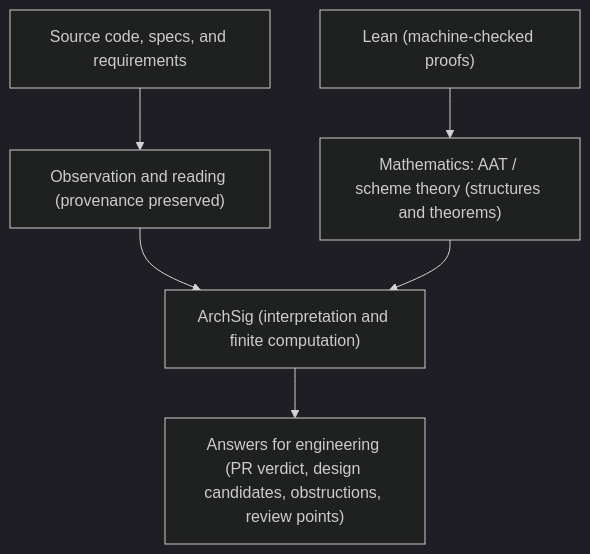
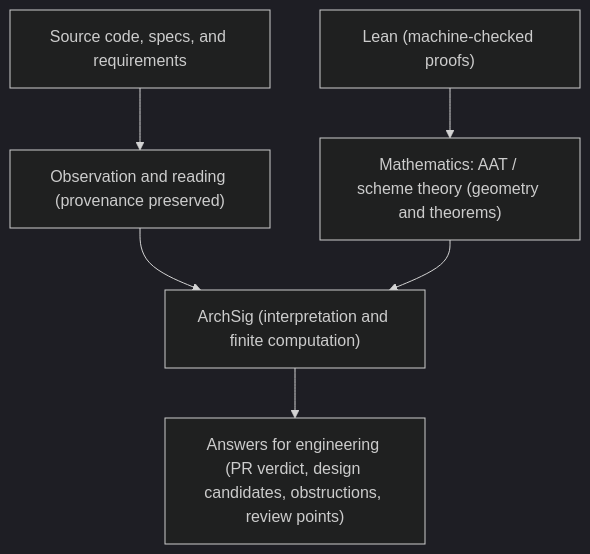
Before and after one commit to iroha1203/AlgebraicArchitectureTheoryV2: the diagram in outreach/blog/hashnode/hashnode_unified_tool_suite_rising_sea.md, drawn with Mermaid (dark theme). The commit also changed other lines of this file and 1 other file, not shown here.

````diff
--- a/outreach/blog/hashnode/hashnode_unified_tool_suite_rising_sea.md
+++ b/outreach/blog/hashnode/hashnode_unified_tool_suite_rising_sea.md
@@ -98,8 +98,8 @@
 ```mermaid
 flowchart TB
   Code["Source code, specs, and requirements"] --> Obs["Observation and reading (provenance preserved)"]
   Obs --> ArchSig["ArchSig (interpretation and finite computation)"]
-  Math["Mathematics: AAT / scheme theory (structures and theorems)"] --> ArchSig
+  Math["Mathematics: AAT / scheme theory (geometry and theorems)"] --> ArchSig
   Lean["Lean (machine-checked proofs)"] --> Math
   ArchSig --> Ans["Answers for engineering (PR verdict, design candidates, obstructions, review points)"]
 ```
````
